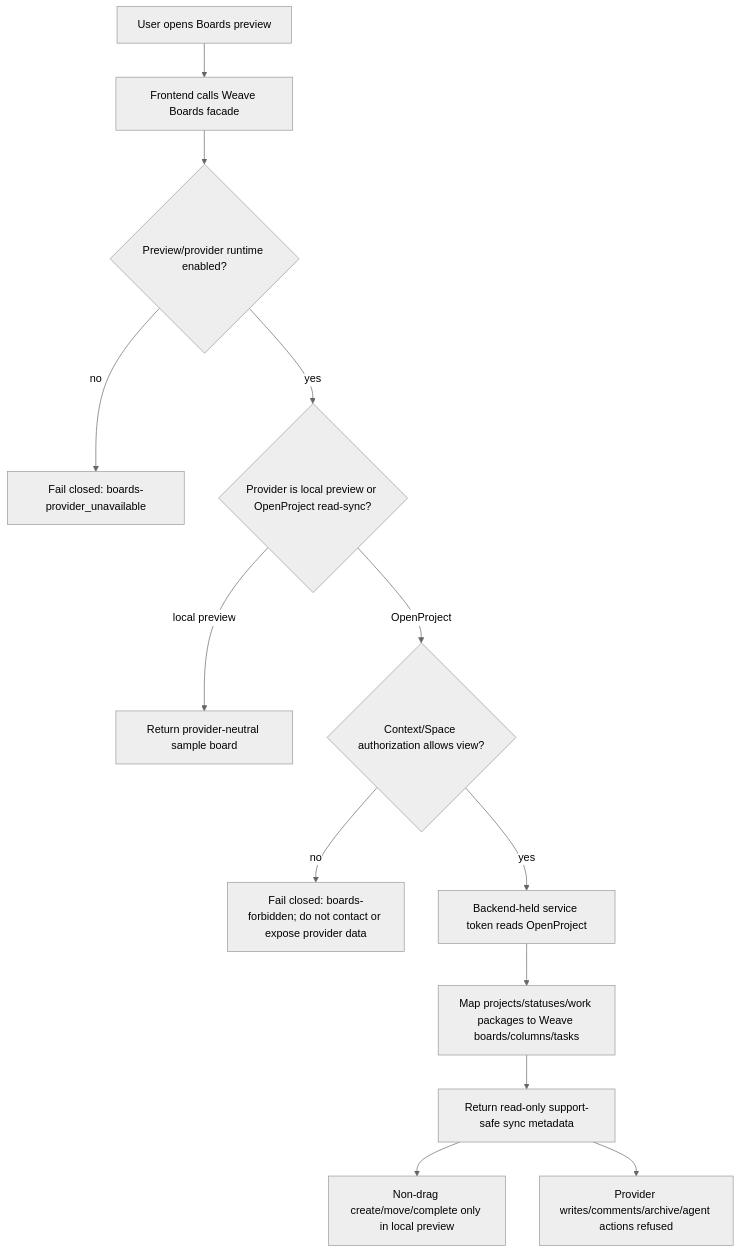
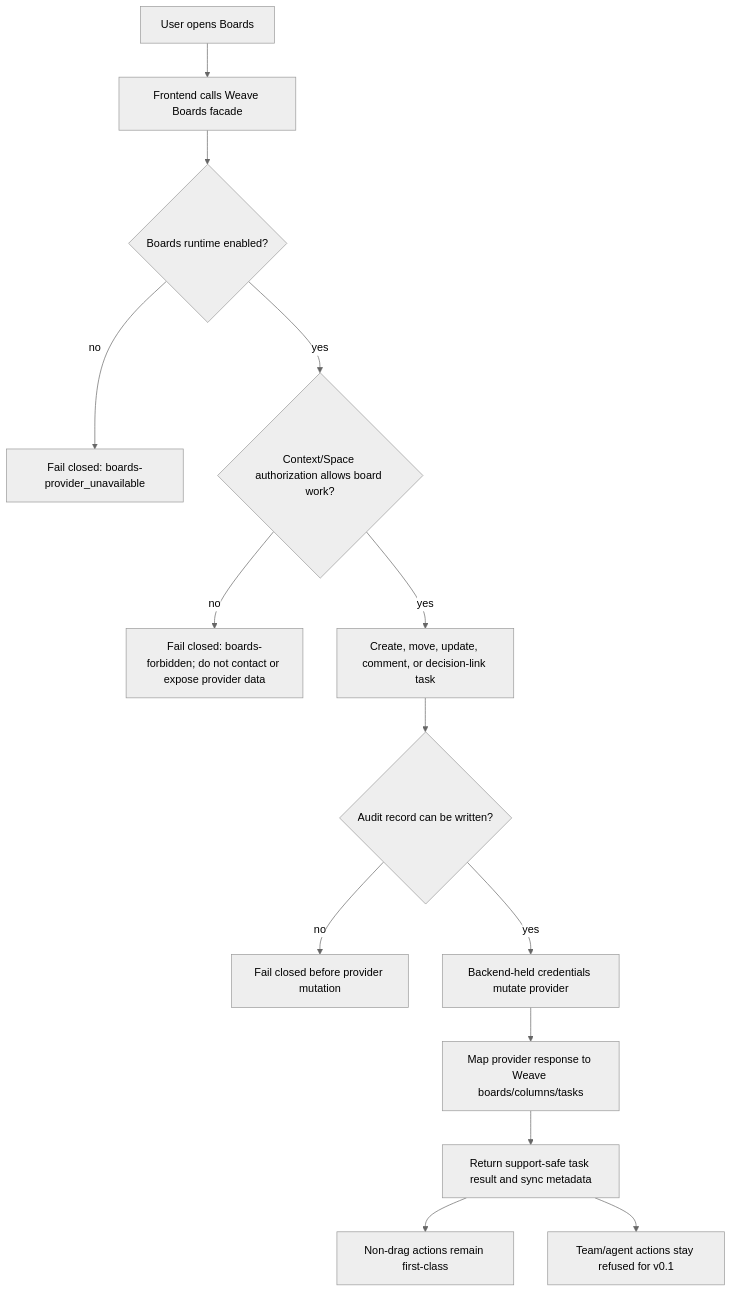
One commit to masssi164/weave changed the sixth of 7 diagrams in docs/product-flow-activity-diagrams.md. Above: the diagram before and after it, drawn with Mermaid (neutral theme). The commit also changed other lines of this file and 569 other files, not shown here.

````diff
--- a/docs/product-flow-activity-diagrams.md
+++ b/docs/product-flow-activity-diagrams.md
@@ -116,15 +116,16 @@
 ```mermaid
 flowchart TD
-  A[User opens Boards preview] --> B[Frontend calls Weave Boards facade]
-  B --> C{Preview/provider runtime enabled?}
+  A[User opens Boards] --> B[Frontend calls Weave Boards facade]
+  B --> C{Boards runtime enabled?}
   C -- no --> D[Fail closed: boards-provider_unavailable]
-  C -- yes --> E{Provider is local preview or OpenProject read-sync?}
-  E -- local preview --> F[Return provider-neutral sample board]
-  E -- OpenProject --> G{Context/Space authorization allows view?}
-  G -- no --> H[Fail closed: boards-forbidden; do not contact or expose provider data]
-  G -- yes --> I[Backend-held service token reads OpenProject]
-  I --> J[Map projects/statuses/work packages to Weave boards/columns/tasks]
-  J --> K[Return read-only support-safe sync metadata]
-  K --> L[Non-drag create/move/complete only in local preview]
-  K --> M[Provider writes/comments/archive/agent actions refused]
+  C -- yes --> E{Context/Space authorization allows board work?}
+  E -- no --> H[Fail closed: boards-forbidden; do not contact or expose provider data]
+  E -- yes --> F[Create, move, update, comment, or decision-link task]
+  F --> G{Audit record can be written?}
+  G -- no --> X[Fail closed before provider mutation]
+  G -- yes --> I[Backend-held credentials mutate provider]
+  I --> J[Map provider response to Weave boards/columns/tasks]
+  J --> K[Return support-safe task result and sync metadata]
+  K --> L[Non-drag actions remain first-class]
+  K --> M[Team/agent actions stay refused for v0.1]
 ```
````
